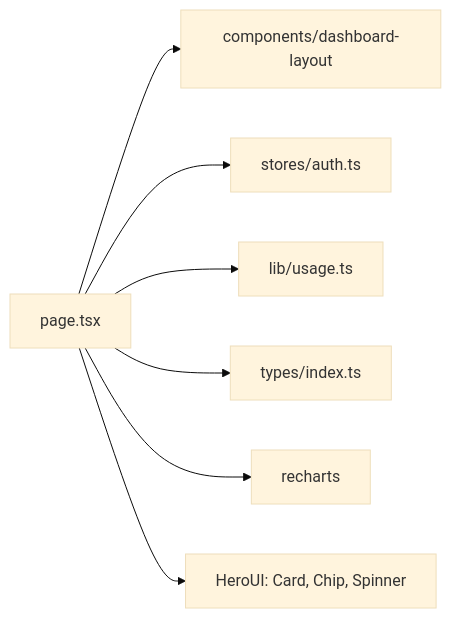
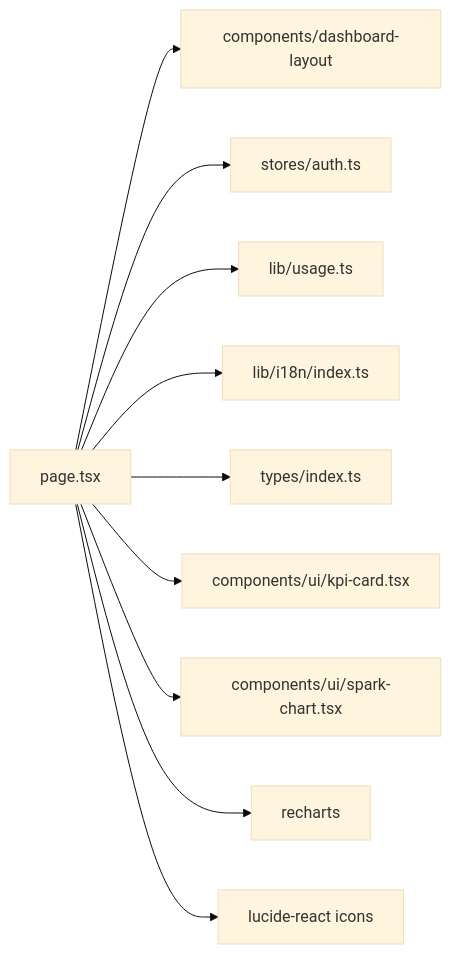
The diagram in src/app/dashboard/_dir.md (Zekiwest/sub2api-web), drawn with Mermaid (base theme) before and after one commit. The commit also changed other lines of this file and 25 other files, not shown here.

First line of the commit message:
feat(dashboard): Add Tremor-style KPI cards and charts

````diff
--- a/src/app/dashboard/_dir.md
+++ b/src/app/dashboard/_dir.md
@@ -26,9 +33,12 @@
 ```mermaid
 graph LR
     P[page.tsx] --> DL[components/dashboard-layout]
     P --> S[stores/auth.ts]
     P --> U[lib/usage.ts]
+    P --> I[lib/i18n/index.ts]
     P --> T[types/index.ts]
+    P --> KPI[components/ui/kpi-card.tsx]
+    P --> SPARK[components/ui/spark-chart.tsx]
     P --> R[recharts]
-    P --> H[HeroUI: Card, Chip, Spinner]
+    P --> LC[lucide-react icons]
 ```
````
